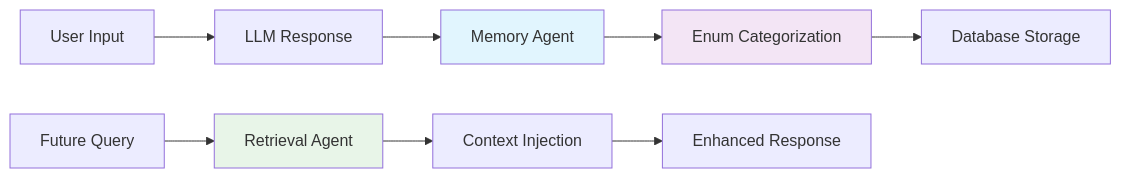
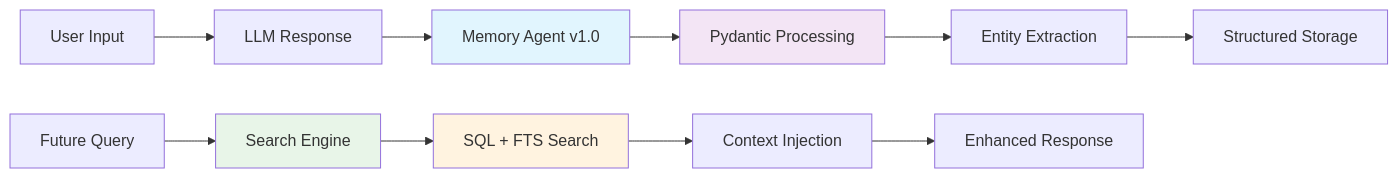
The diagram in README.md (vishalbelsare/memori), drawn with Mermaid before and after one commit. The commit also changed other lines of this file and 1 other file, not shown here.

````diff
--- a/README.md
+++ b/README.md
@@ -129,15 +153,18 @@
 ```mermaid
 graph LR
     A[User Input] --> B[LLM Response]
-    B --> C[Memory Agent]
-    C --> D[Enum Categorization]
-    D --> E[Database Storage]
+    B --> C[Memory Agent v1.0]
+    C --> D[Pydantic Processing]
+    D --> E[Entity Extraction]
+    E --> F[Structured Storage]
     
-    F[Future Query] --> G[Retrieval Agent]
-    G --> H[Context Injection]
-    H --> I[Enhanced Response]
+    G[Future Query] --> H[Search Engine]
+    H --> I[SQL + FTS Search]
+    I --> J[Context Injection]
+    J --> K[Enhanced Response]
     
     style C fill:#e1f5fe
     style D fill:#f3e5f5
-    style G fill:#e8f5e8
+    style H fill:#e8f5e8
+    style I fill:#fff3e0
 ```
````
